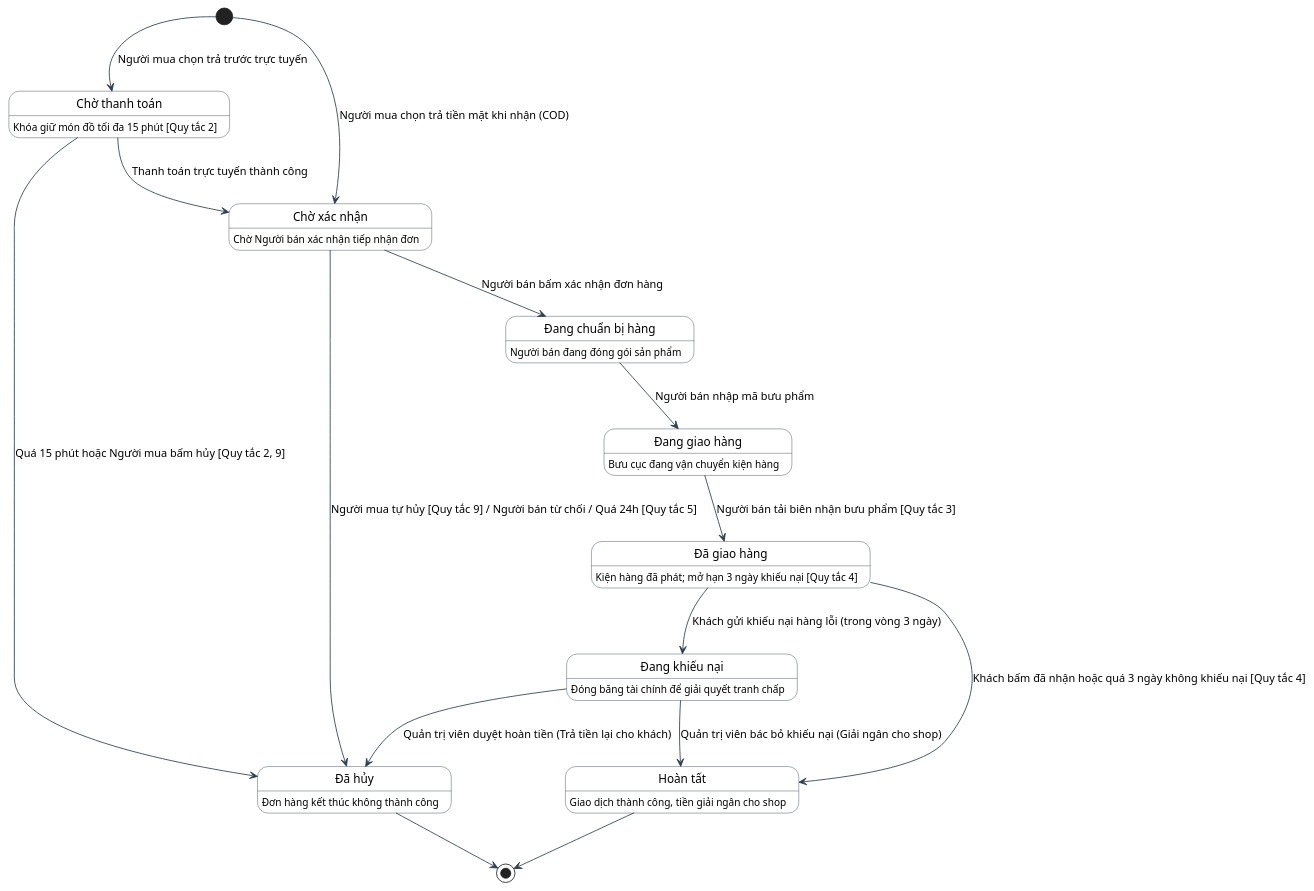
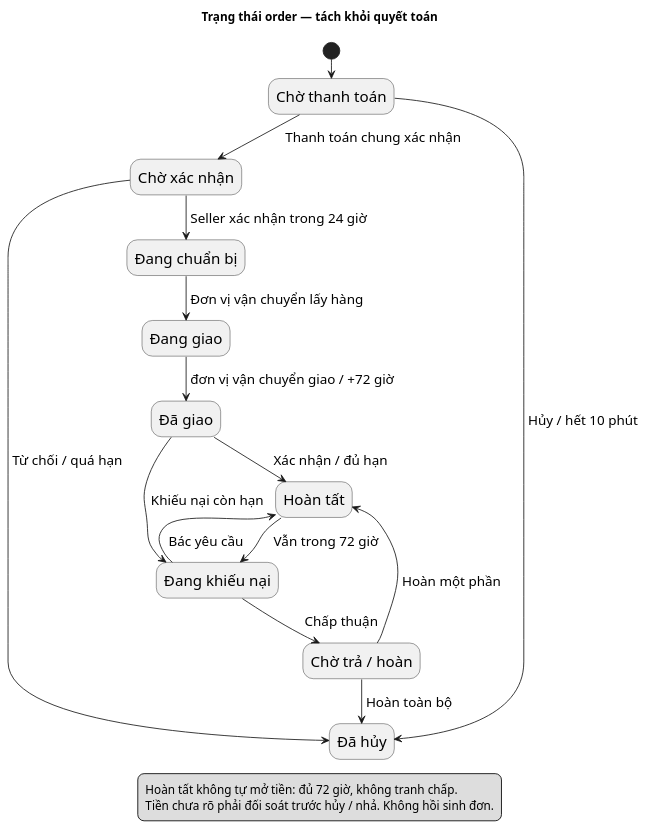
Before and after one commit to buihaiduongdev/rewear-be: the diagram in docs/diagrams/state-machine/order_state_machine.puml, drawn with PlantUML. The commit also changed 34 other files, not shown here.

Commit message:
docs: align business specifications and report diagrams

```diff
--- a/docs/diagrams/state-machine/order_state_machine.puml
+++ b/docs/diagrams/state-machine/order_state_machine.puml
@@ -1,41 +1,39 @@
 @startuml
+skinparam shadowing false
+skinparam defaultFontName SansSerif
+skinparam defaultFontSize 18
+skinparam ArrowFontSize 16
+skinparam noteFontSize 15
+skinparam Padding 4
+title Trạng thái order — tách khỏi quyết toán
 hide empty description
-skinparam shadowing false
-skinparam defaultFontName Arial
-
-skinparam state {
-  BackgroundColor #FFFFFF
-  BorderColor #2C3E50
-  ArrowColor #2C3E50
-}
-
-state "Chờ thanh toán" as ChoThanhToan : Khóa giữ món đồ tối đa 15 phút [Quy tắc 2]
-state "Chờ xác nhận" as ChoXacNhan : Chờ Người bán xác nhận tiếp nhận đơn
-state "Đang chuẩn bị hàng" as DangChuanBi : Người bán đang đóng gói sản phẩm
-state "Đang giao hàng" as DangGiaoHang : Bưu cục đang vận chuyển kiện hàng
-state "Đã giao hàng" as DaGiaoHang : Kiện hàng đã phát; mở hạn 3 ngày khiếu nại [Quy tắc 4]
-state "Đang khiếu nại" as DangKhieuNai : Đóng băng tài chính để giải quyết tranh chấp
-state "Hoàn tất" as HoanTat : Giao dịch thành công, tiền giải ngân cho shop
-state "Đã hủy" as DaHuy : Đơn hàng kết thúc không thành công
-
-[*] --> ChoThanhToan : Người mua chọn trả trước trực tuyến
-[*] --> ChoXacNhan : Người mua chọn trả tiền mặt khi nhận (COD)
-
-ChoThanhToan --> ChoXacNhan : Thanh toán trực tuyến thành công
-ChoThanhToan --> DaHuy : Quá 15 phút hoặc Người mua bấm hủy [Quy tắc 2, 9]
-
-ChoXacNhan --> DangChuanBi : Người bán bấm xác nhận đơn hàng
-ChoXacNhan --> DaHuy : Người mua tự hủy [Quy tắc 9] / Người bán từ chối / Quá 24h [Quy tắc 5]
-
-DangChuanBi --> DangGiaoHang : Người bán nhập mã bưu phẩm
-DangGiaoHang --> DaGiaoHang : Người bán tải biên nhận bưu phẩm [Quy tắc 3]
-
-DaGiaoHang --> HoanTat : Khách bấm đã nhận hoặc quá 3 ngày không khiếu nại [Quy tắc 4]
-DaGiaoHang --> DangKhieuNai : Khách gửi khiếu nại hàng lỗi (trong vòng 3 ngày)
-
-DangKhieuNai --> HoanTat : Quản trị viên bác bỏ khiếu nại (Giải ngân cho shop)
-DangKhieuNai --> DaHuy : Quản trị viên duyệt hoàn tiền (Trả tiền lại cho khách)
-
-HoanTat --> [*]
-DaHuy --> [*]
+skinparam ranksep 22
+skinparam nodesep 18
+state "Chờ thanh toán" as waiting
+state "Chờ xác nhận" as pending
+state "Đang chuẩn bị" as preparing
+state "Đang giao" as shipping
+state "Đã giao" as delivered
+state "Hoàn tất" as completed
+state "Đang khiếu nại" as dispute
+state "Chờ trả / hoàn" as returns
+state "Đã hủy" as cancelled
+[*] --> waiting
+waiting --> pending : Thanh toán chung xác nhận
+waiting --> cancelled : Hủy / hết 10 phút
+pending --> preparing : Seller xác nhận trong 24 giờ
+pending --> cancelled : Từ chối / quá hạn
+preparing --> shipping : Đơn vị vận chuyển lấy hàng
+shipping --> delivered : đơn vị vận chuyển giao / +72 giờ
+delivered --> completed : Xác nhận / đủ hạn
+delivered --> dispute : Khiếu nại còn hạn
+completed --> dispute : Vẫn trong 72 giờ
+dispute --> completed : Bác yêu cầu
+dispute --> returns : Chấp thuận
+returns --> cancelled : Hoàn toàn bộ
+returns --> completed : Hoàn một phần
+legend bottom
+Hoàn tất không tự mở tiền: đủ 72 giờ, không tranh chấp.
+Tiền chưa rõ phải đối soát trước hủy / nhả. Không hồi sinh đơn.
+endlegend
 @enduml
```
